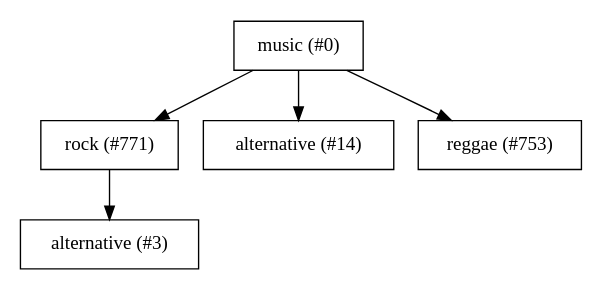
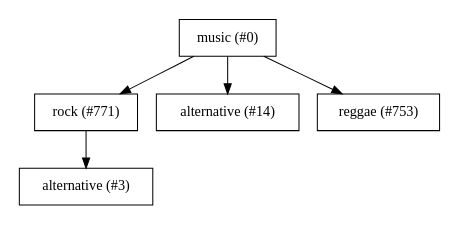
One commit to sahib/libmunin-thesis changed the second of 2 diagrams in rst/V/index.rst. Above: the diagram before and after it, drawn with Graphviz. The commit also changed other lines of this file and 14 other files, not shown here.

```diff
--- a/rst/V/index.rst
+++ b/rst/V/index.rst
@@ -312,9 +311,9 @@
   .. digraph:: foo
   
-      size=4; 
+      size=3; 
       node [shape=record];
   
       "music (#0)"  -> "rock (#771)"
       "music (#0)"  -> "alternative (#14)"
       "music (#0)"  -> "reggae (#753)"
       "rock (#771)" -> "alternative (#3)"
```
